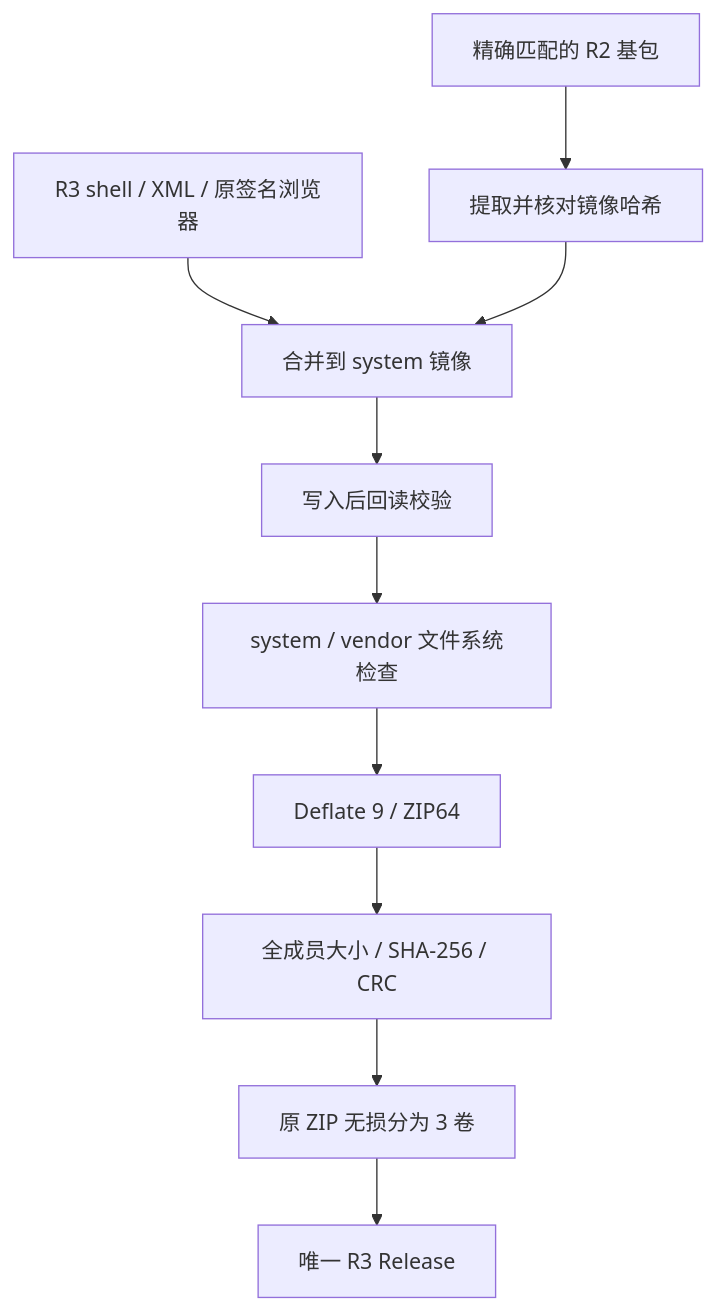
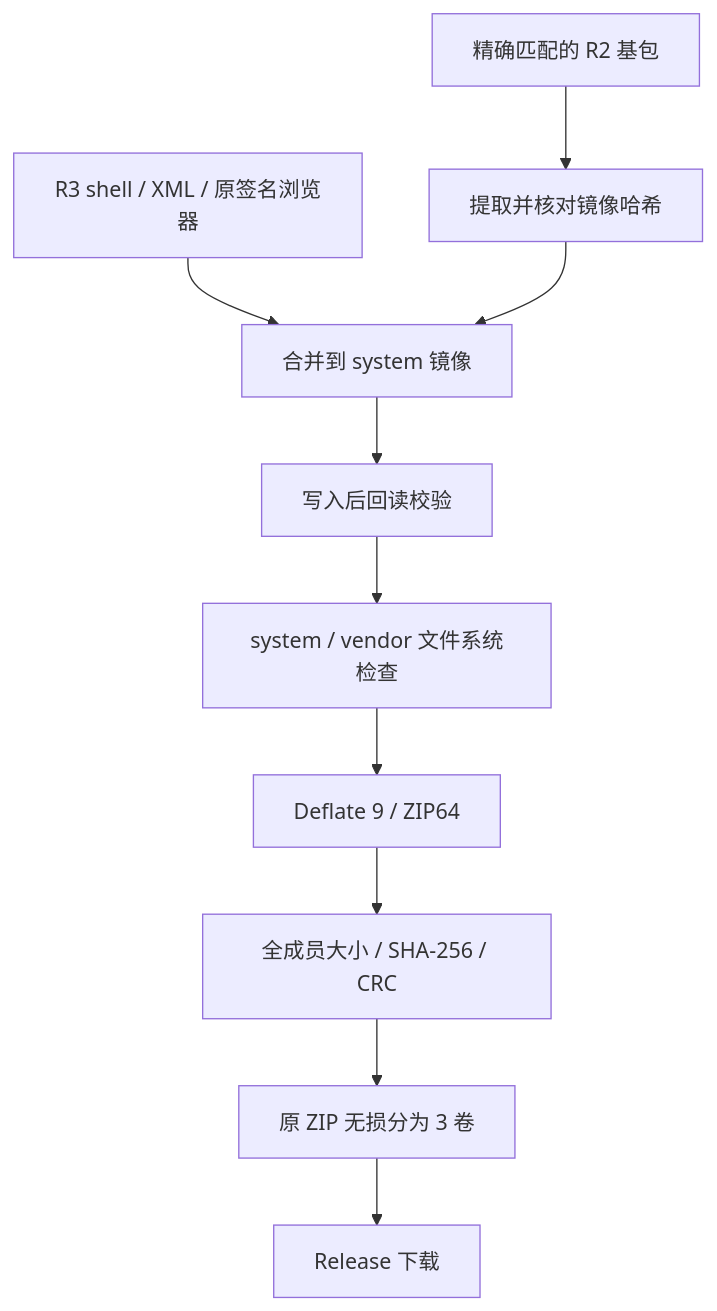
One commit to poohpiggy/AE0.0.0.3-HyperOS4-Repair changed the second of 2 diagrams in docs/architecture.md. Above: the diagram before and after it, drawn with Mermaid. The commit also changed other lines of this file and 3 other files, not shown here.

````diff
--- a/docs/architecture.md
+++ b/docs/architecture.md
@@ -15,12 +15,12 @@
 ```mermaid
 flowchart TD
     Base[精确匹配的 R2 基包] --> Hash[提取并核对镜像哈希]
     Payload[R3 shell / XML / 原签名浏览器] --> Merge[合并到 system 镜像]
     Hash --> Merge
     Merge --> Readback[写入后回读校验]
     Readback --> Fsck[system / vendor 文件系统检查]
     Fsck --> Zip[Deflate 9 / ZIP64]
     Zip --> Verify[全成员大小 / SHA-256 / CRC]
     Verify --> Parts[原 ZIP 无损分为 3 卷]
-    Parts --> Release[唯一 R3 Release]
+    Parts --> Release[Release 下载]
 ```
````
